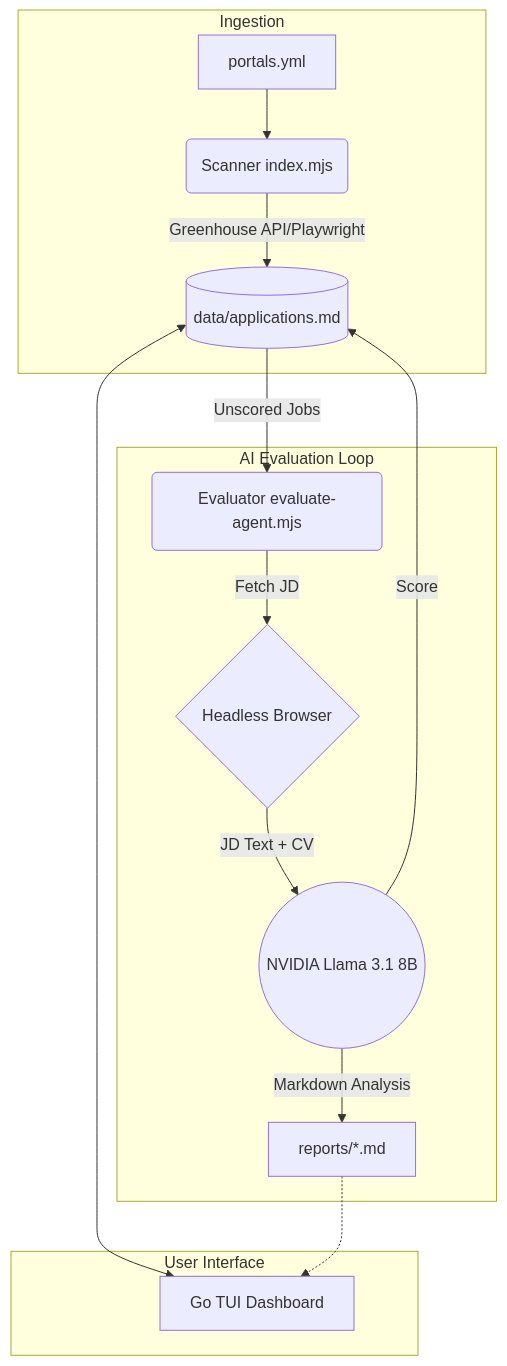
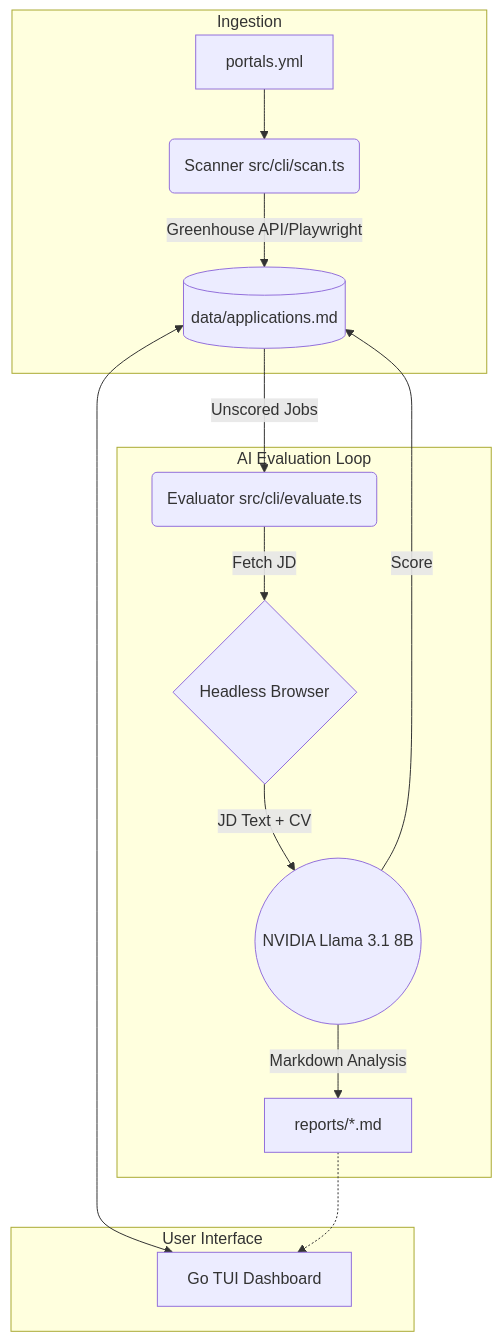
Before and after one commit to PreethamNimmagadda02/CareerOps: the diagram in docs/architecture2.md, drawn with Mermaid. The commit also changed other lines of this file and 48 other files, not shown here.

````diff
--- a/docs/architecture2.md
+++ b/docs/architecture2.md
@@ -28,20 +28,20 @@
 ```mermaid
 graph TD
     subgraph Ingestion
-        A[portals.yml] --> B(Scanner index.mjs)
+        A[portals.yml] --> B(Scanner src/cli/scan.ts)
         B -->|Greenhouse API/Playwright| C[(data/applications.md)]
     end
     
     subgraph AI Evaluation Loop
-        C -->|Unscored Jobs| D(Evaluator evaluate-agent.mjs)
+        C -->|Unscored Jobs| D(Evaluator src/cli/evaluate.ts)
         D -->|Fetch JD| E{Headless Browser}
         E -->|JD Text + CV| F((NVIDIA Llama 3.1 8B))
         F -->|Markdown Analysis| G[reports/*.md]
         F -->|Score| C
     end
     
     subgraph User Interface
         C <--> H[Go TUI Dashboard]
         G -.-> H
     end
 ```
````
